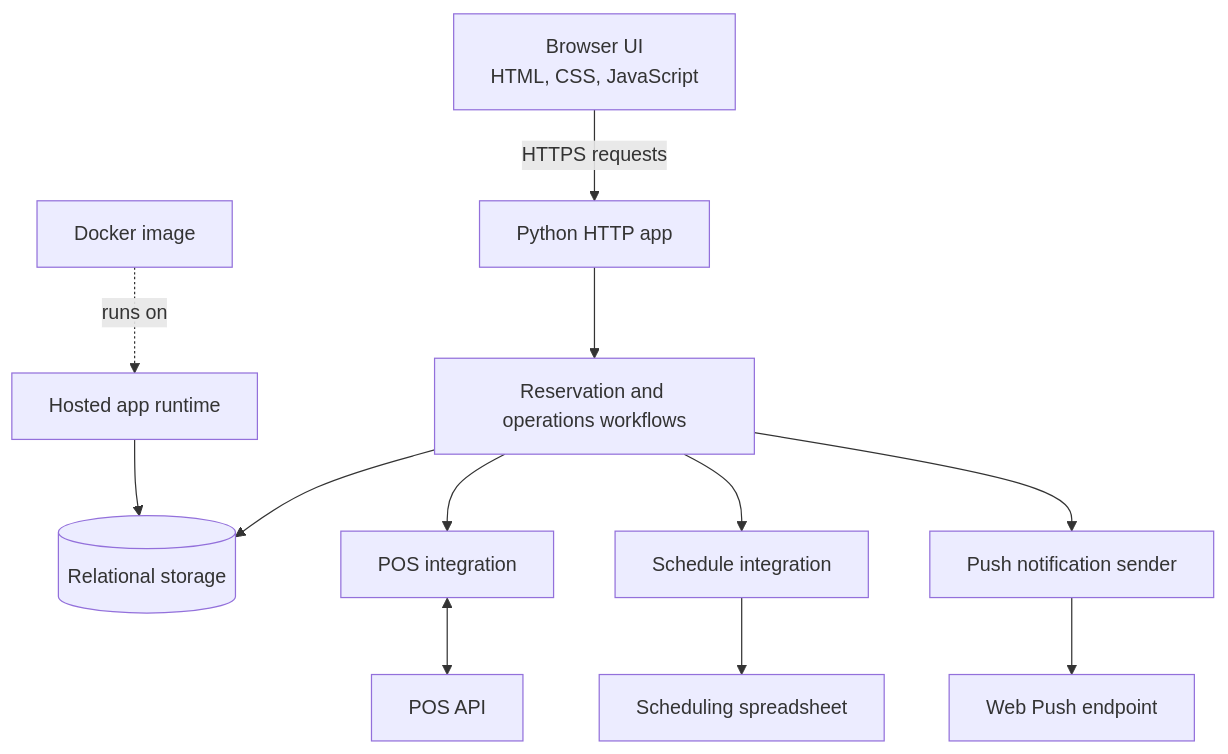
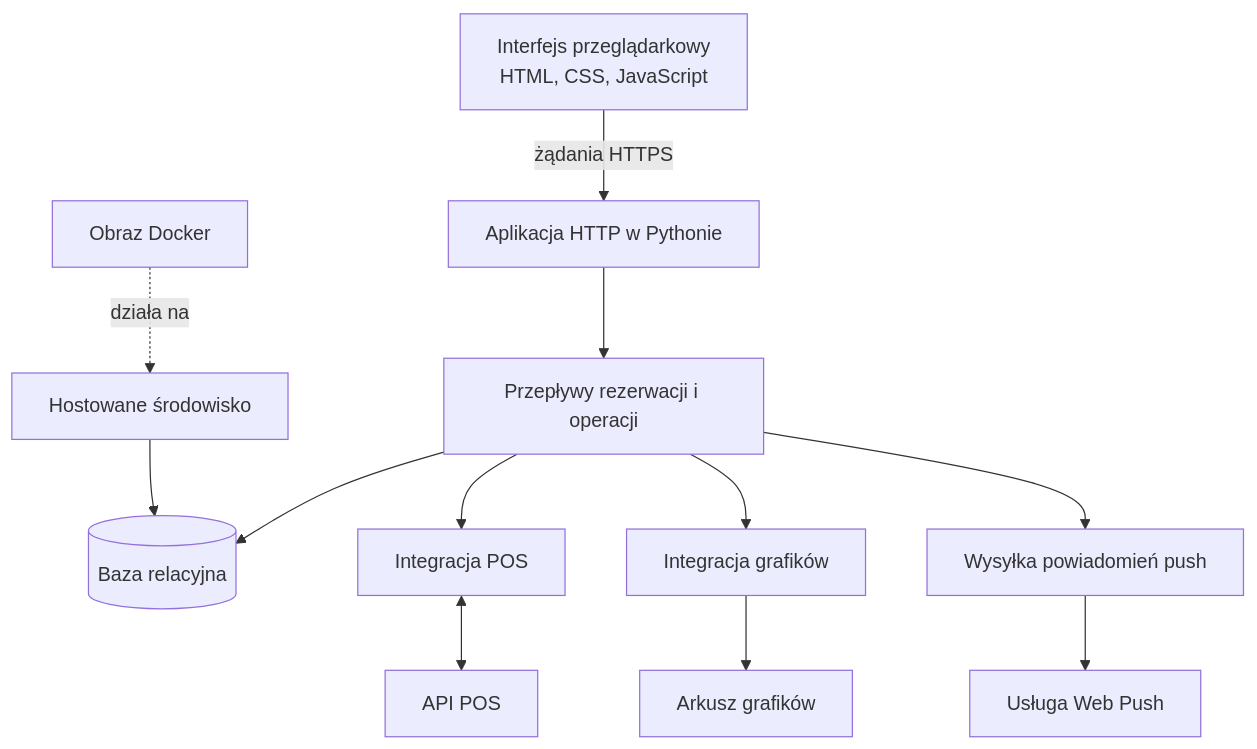
The first of 2 diagrams in docs/architecture.md (221Studios/KidsOffice), drawn with Mermaid before and after one commit. The commit also changed other lines of this file and 3 other files, not shown here.

````diff
--- a/docs/architecture.md
+++ b/docs/architecture.md
@@ -7,14 +7,14 @@
 ```mermaid
 flowchart TB
-    Browser[Browser UI<br/>HTML, CSS, JavaScript] -->|HTTPS requests| Web[Python HTTP app]
-    Web --> Domain[Reservation and operations workflows]
-    Domain --> DB[(Relational storage)]
-    Domain --> POSAdapter[POS integration]
-    Domain --> ScheduleAdapter[Schedule integration]
-    Domain --> Notifications[Push notification sender]
-    POSAdapter <--> POS[POS API]
-    ScheduleAdapter --> Sheet[Scheduling spreadsheet]
-    Notifications --> PushSvc[Web Push endpoint]
-    Container[Docker image] -. runs on .-> Runtime[Hosted app runtime]
+    Browser[Interfejs przeglądarkowy<br/>HTML, CSS, JavaScript] -->|żądania HTTPS| Web[Aplikacja HTTP w Pythonie]
+    Web --> Domain[Przepływy rezerwacji i operacji]
+    Domain --> DB[(Baza relacyjna)]
+    Domain --> POSAdapter[Integracja POS]
+    Domain --> ScheduleAdapter[Integracja grafików]
+    Domain --> Notifications[Wysyłka powiadomień push]
+    POSAdapter <--> POS[API POS]
+    ScheduleAdapter --> Sheet[Arkusz grafików]
+    Notifications --> PushSvc[Usługa Web Push]
+    Container[Obraz Docker] -. działa na .-> Runtime[Hostowane środowisko]
     Runtime --> DB
 ```
````
